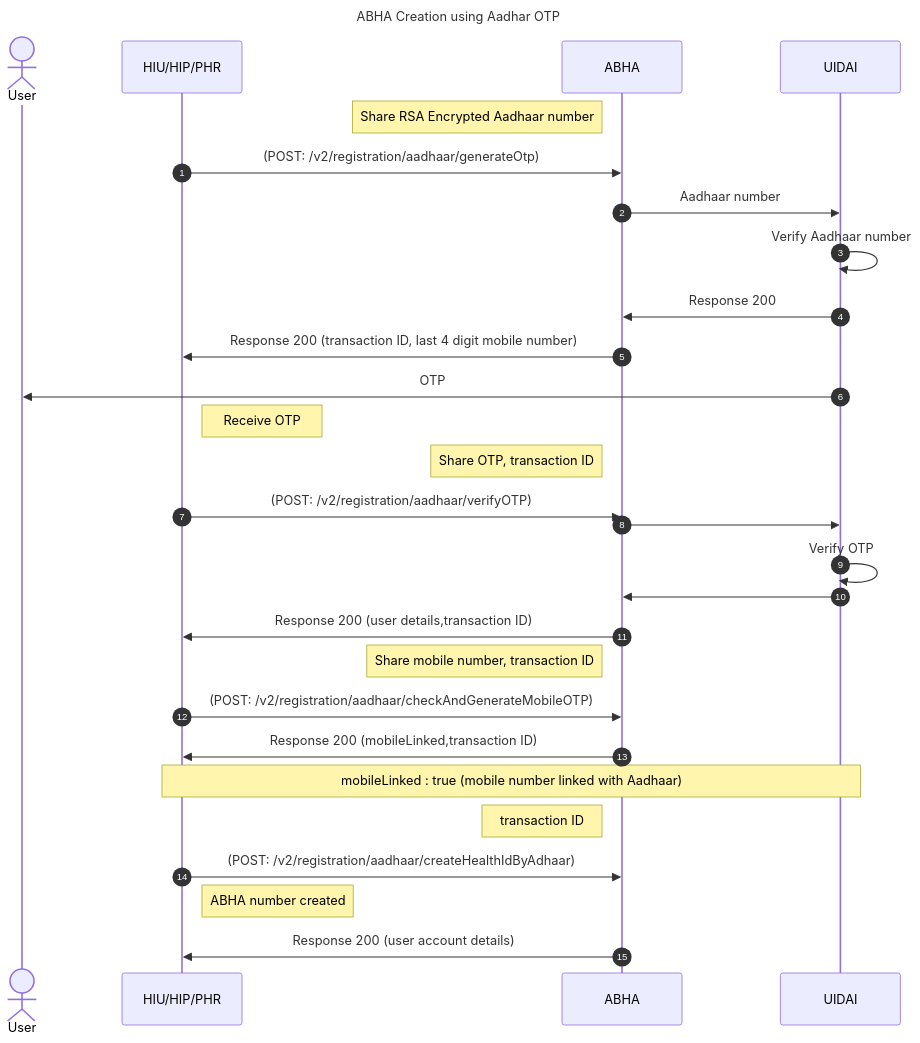
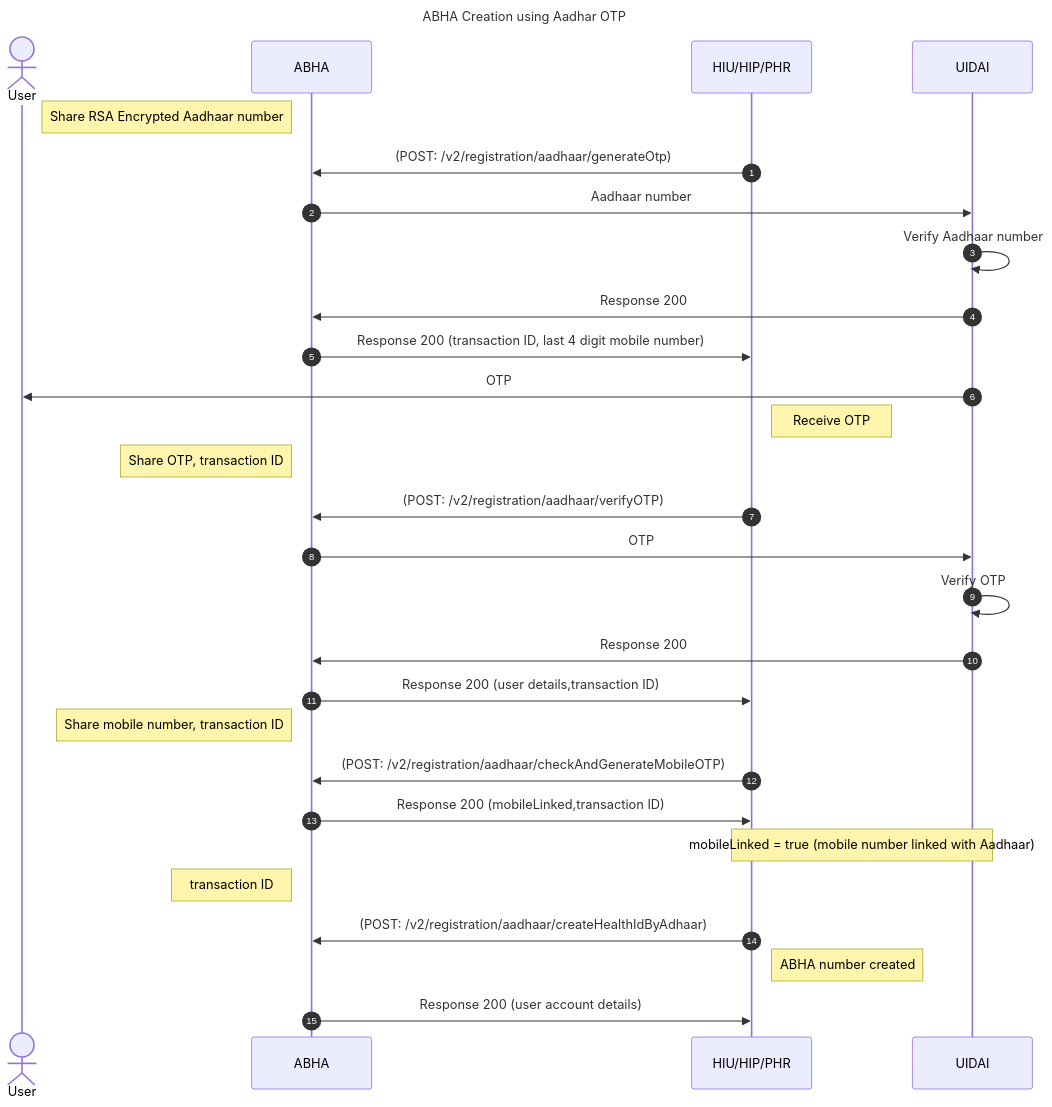
One commit to kiranma72/abdm-docs changed the first of 3 diagrams in content/2-milestone1/abha-number/aadhar-otp.md. Above: the diagram before and after it, drawn with Mermaid. The commit also changed other lines of this file, not shown here.

```diff
--- a/content/2-milestone1/abha-number/aadhar-otp.md
+++ b/content/2-milestone1/abha-number/aadhar-otp.md
@@ -82,29 +82,28 @@
 {{< mermaid >}}
 %%{init:{"fontSize": "1.0rem", "sequence":{"showSequenceNumbers":true}}}%%
 sequenceDiagram
 title ABHA Creation using Aadhar OTP
 actor User
-participant HIU/HIP/PHR
 Note left of ABHA: Share RSA Encrypted Aadhaar number
 HIU/HIP/PHR->>ABHA: (POST: /v2/registration/aadhaar/generateOtp)
 ABHA->>UIDAI: Aadhaar number
-UIDAI->>UIDAI:Verify Aadhaar number
+UIDAI->>UIDAI: Verify Aadhaar number
 UIDAI->>ABHA: Response 200
 ABHA->>HIU/HIP/PHR: Response 200 (transaction ID, last 4 digit mobile number)
 UIDAI->>User: OTP
-Note right of HIU/HIP/PHR:Receive OTP
+Note right of HIU/HIP/PHR: Receive OTP
 Note left of ABHA: Share OTP, transaction ID
 HIU/HIP/PHR->>ABHA: (POST: /v2/registration/aadhaar/verifyOTP)
-ABHA->>UIDAI: 
+ABHA->>UIDAI: OTP
 UIDAI->>UIDAI:Verify OTP
-UIDAI->>ABHA: 
+UIDAI->>ABHA: Response 200
 ABHA->>HIU/HIP/PHR: Response 200 (user details,transaction ID)
 Note left of ABHA: Share mobile number, transaction ID
 HIU/HIP/PHR->>ABHA: (POST: /v2/registration/aadhaar/checkAndGenerateMobileOTP)
 ABHA->>HIU/HIP/PHR: Response 200 (mobileLinked,transaction ID)
-Note over HIU/HIP/PHR,UIDAI: mobileLinked : true (mobile number linked with Aadhaar)
+Note over HIU/HIP/PHR,UIDAI: mobileLinked = true (mobile number linked with Aadhaar)
 Note left of ABHA: transaction ID
 HIU/HIP/PHR->>ABHA: (POST: /v2/registration/aadhaar/createHealthIdByAdhaar)
 Note right of HIU/HIP/PHR: ABHA number created
 ABHA->>HIU/HIP/PHR: Response 200 (user account details)
 {{< /mermaid >}}
```
